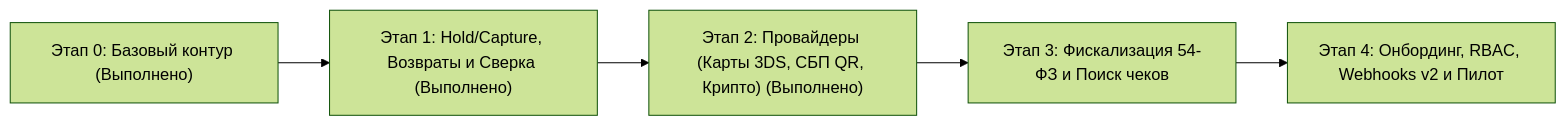
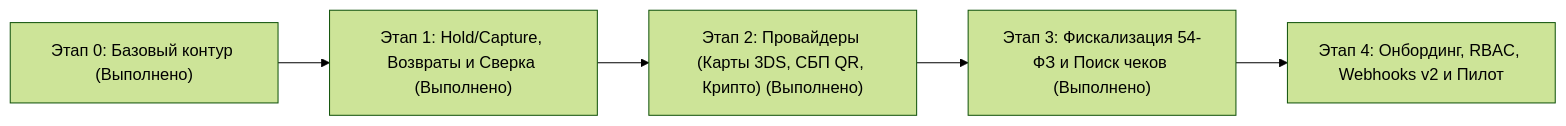
The diagram in docs/roadmap-backend.md (akkne/dobropay), drawn with Mermaid (forest theme) before and after one commit. The commit also changed other lines of this file, not shown here.

Commit message:
docs: mark stage 3 as completed in backend roadmap

````diff
--- a/docs/roadmap-backend.md
+++ b/docs/roadmap-backend.md
@@ -13,7 +13,7 @@
 ```mermaid
 flowchart LR
   B0["Этап 0: Базовый контур (Выполнено)"] --> B1["Этап 1: Hold/Capture, Возвраты и Сверка (Выполнено)"]
   B1 --> B2["Этап 2: Провайдеры (Карты 3DS, СБП QR, Крипто) (Выполнено)"]
-  B2 --> B3["Этап 3: Фискализация 54-ФЗ и Поиск чеков"]
+  B2 --> B3["Этап 3: Фискализация 54-ФЗ и Поиск чеков (Выполнено)"]
   B3 --> B4["Этап 4: Онбординг, RBAC, Webhooks v2 и Пилот"]
 ```
````
